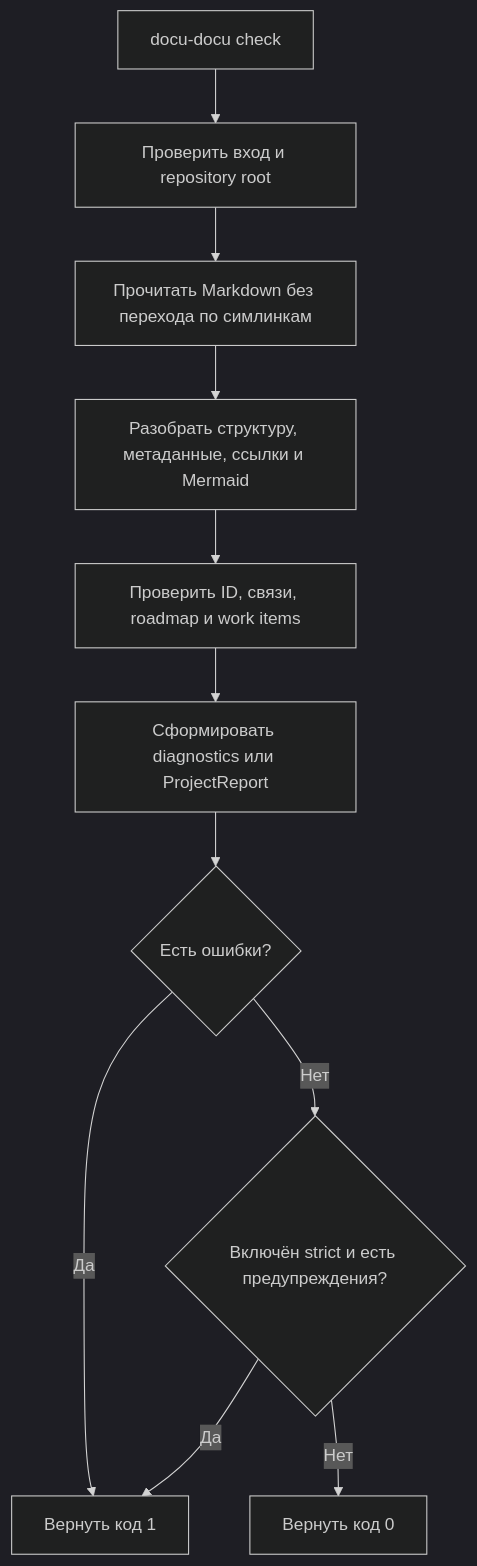
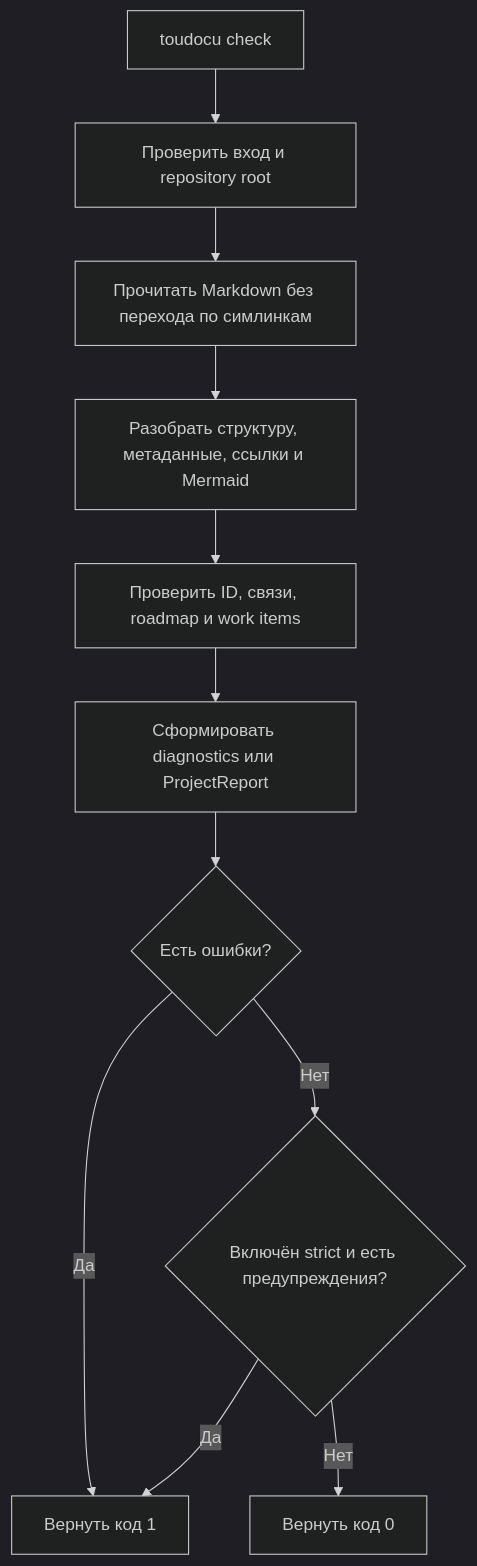
Before and after one commit to lumenikoly/toudocu: the diagram in docs/flows/FLOW-DOCS-CHECK.md, drawn with Mermaid (dark theme). The commit also changed 446 other files, not shown here.

````diff
--- a/docs/flows/FLOW-DOCS-CHECK.md
+++ b/docs/flows/FLOW-DOCS-CHECK.md
@@ -14,13 +14,13 @@
 ```mermaid
 flowchart TD
-    Start["docu-docu check"] --> Resolve["Проверить вход и repository root"]
+    Start["toudocu check"] --> Resolve["Проверить вход и repository root"]
     Resolve --> Read["Прочитать Markdown без перехода по симлинкам"]
     Read --> Parse["Разобрать структуру, метаданные, ссылки и Mermaid"]
     Parse --> Validate["Проверить ID, связи, roadmap и work items"]
     Validate --> Report["Сформировать diagnostics или ProjectReport"]
     Report --> Errors{"Есть ошибки?"}
     Errors -->|Да| Failed["Вернуть код 1"]
     Errors -->|Нет| Strict{"Включён strict и есть предупреждения?"}
     Strict -->|Да| Failed
     Strict -->|Нет| Passed["Вернуть код 0"]
 ```
````
